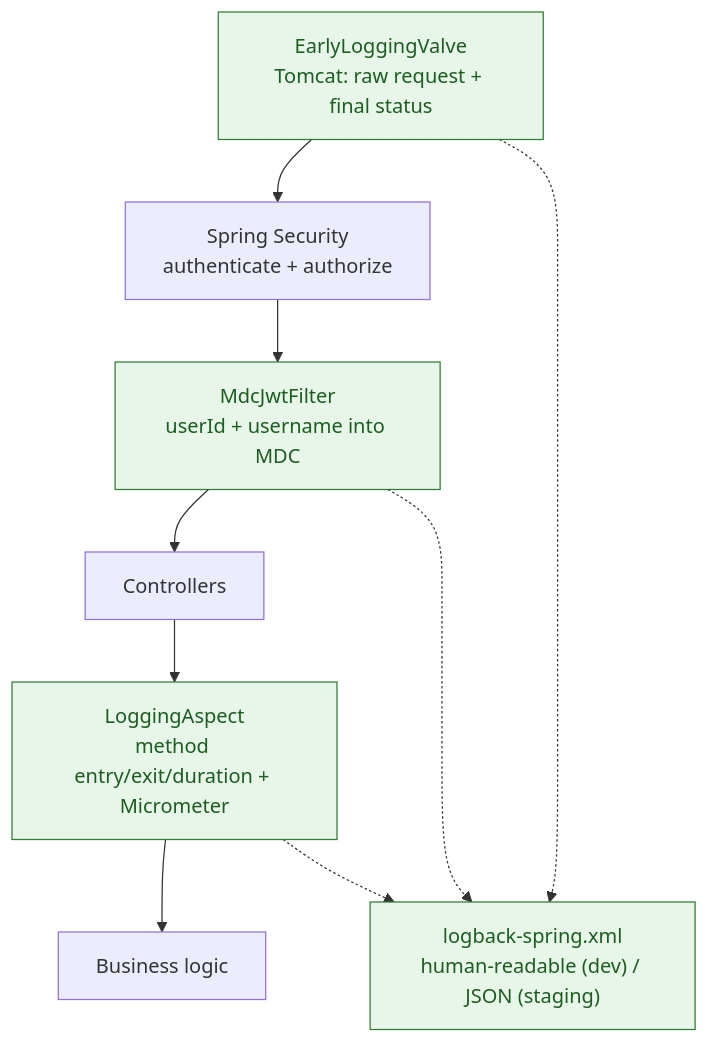
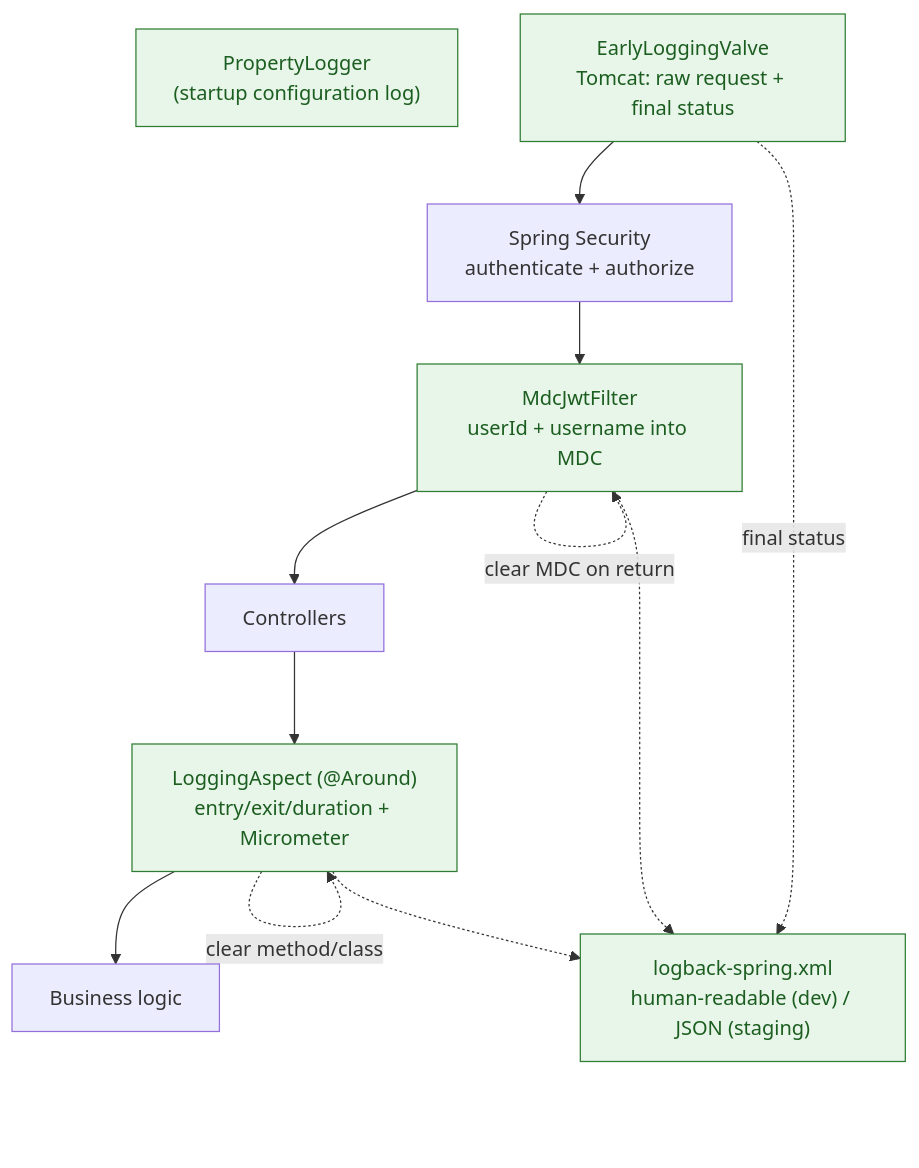
The ninth of 13 diagrams in docs/_drafts/thesis-concepts.md (mohamad4444/cloud-native-purchase-system), drawn with Mermaid before and after one commit. The commit also changed other lines of this file and 5 other files, not shown here.

Commit message:
docs: correct diagram inaccuracies found in source-code review

````diff
--- a/docs/_drafts/thesis-concepts.md
+++ b/docs/_drafts/thesis-concepts.md
@@ -196,16 +206,19 @@
 ```mermaid
 flowchart TB
+  PL["PropertyLogger<br/>(startup configuration log)"]
   V["EarlyLoggingValve<br/>Tomcat: raw request + final status"]
   S["Spring Security<br/>authenticate + authorize"]
   M["MdcJwtFilter<br/>userId + username into MDC"]
   C["Controllers"]
-  A["LoggingAspect<br/>method entry/exit/duration + Micrometer"]
+  A["LoggingAspect (@Around)<br/>entry/exit/duration + Micrometer"]
   B["Business logic"]
   L["logback-spring.xml<br/>human-readable (dev) / JSON (staging)"]
   V --> S --> M --> C --> A --> B
+  A -.->|"clear method/class"| A
+  M -.->|"clear MDC on return"| M
+  V -.->|"final status"| L
   A -.-> L
   M -.-> L
-  V -.-> L
   classDef log fill:#e8f5e9,stroke:#2e7d32,color:#1b5e20;
-  class V,M,A,L log;
+  class PL,V,M,A,L log;
 ```
````
